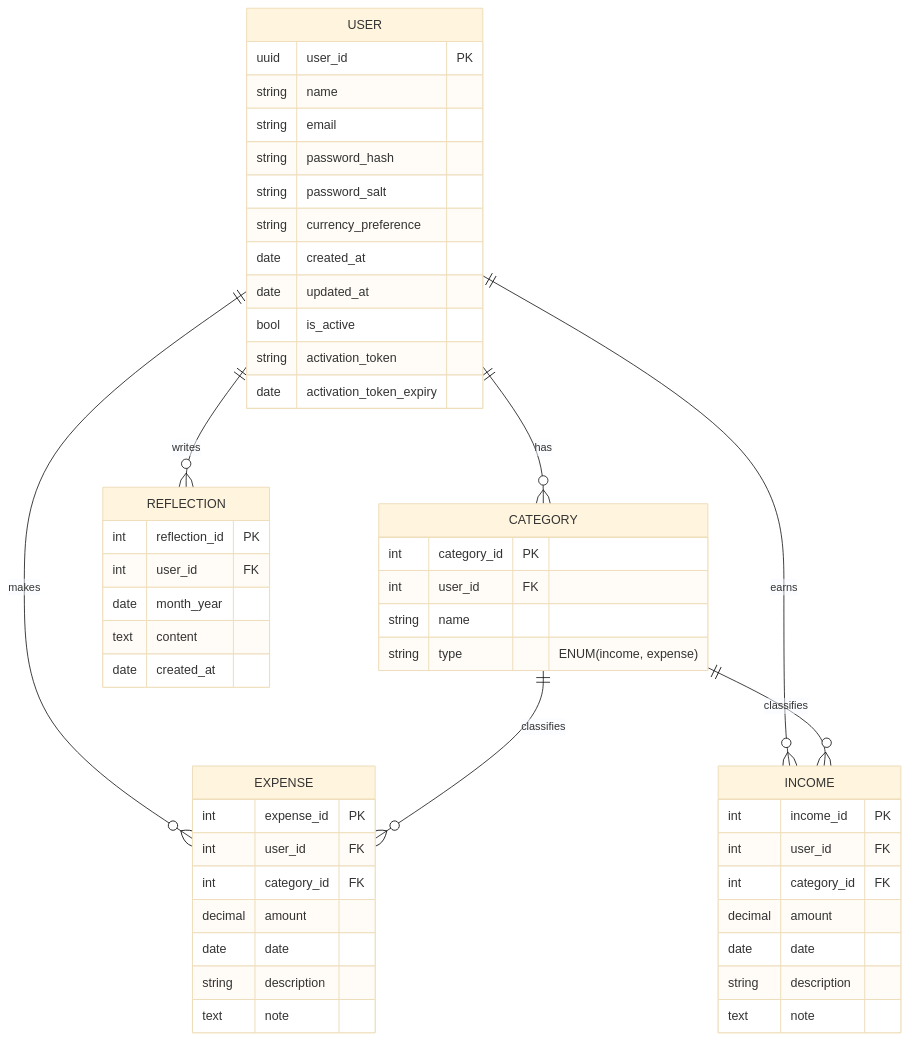
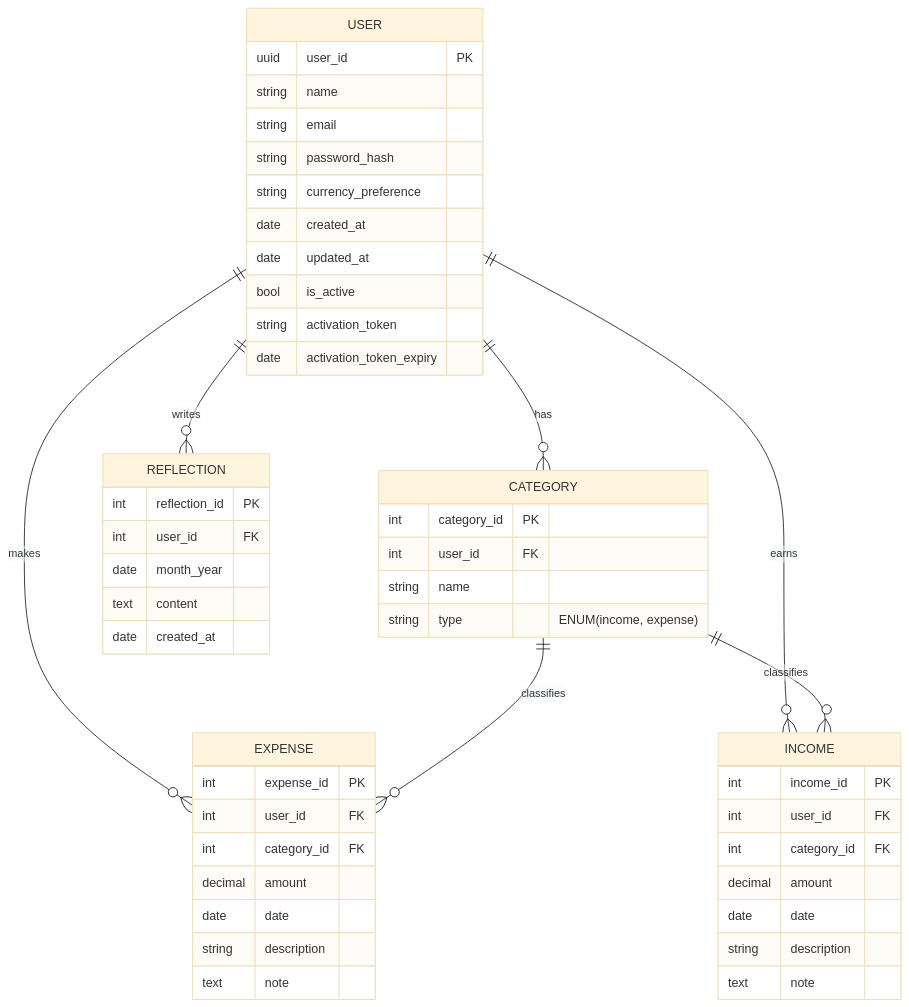
One commit to IgorVenancio/My-Kakeibo changed the first of 2 diagrams in README.md. Above: the diagram before and after it, drawn with Mermaid (base theme). The commit also changed 10 other files, not shown here.

````diff
--- a/README.md
+++ b/README.md
@@ -22,59 +22,58 @@
 ```mermaid
 erDiagram
     USER ||--o{ CATEGORY : has
     USER ||--o{ EXPENSE : makes
     USER ||--o{ INCOME : earns
     USER ||--o{ REFLECTION : writes
 
     CATEGORY ||--o{ EXPENSE : classifies
     CATEGORY ||--o{ INCOME : classifies
 
     USER {
         uuid user_id PK
         string name
         string email
         string password_hash
-        string password_salt
         string currency_preference
         date created_at
         date updated_at
         bool is_active
         string activation_token
         date activation_token_expiry
     }
 
     CATEGORY {
         int category_id PK
         int user_id FK
         string name
         string type "ENUM(income, expense)"
     }
 
     EXPENSE {
         int expense_id PK
         int user_id FK
         int category_id FK
         decimal amount
         date date
         string description
         text note
     }
 
     INCOME {
         int income_id PK
         int user_id FK
         int category_id FK
         decimal amount
         date date
         string description
         text note
     }
 
     REFLECTION {
         int reflection_id PK
         int user_id FK
         date month_year
         text content
         date created_at
     }
 ```
````
